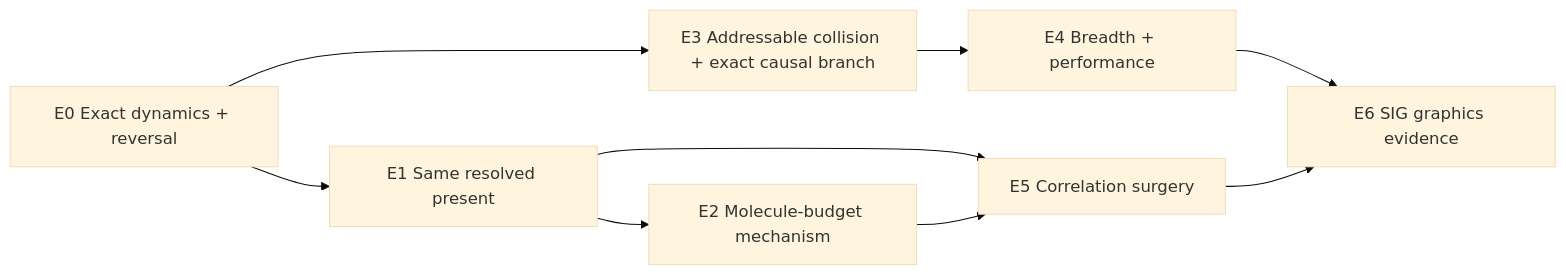
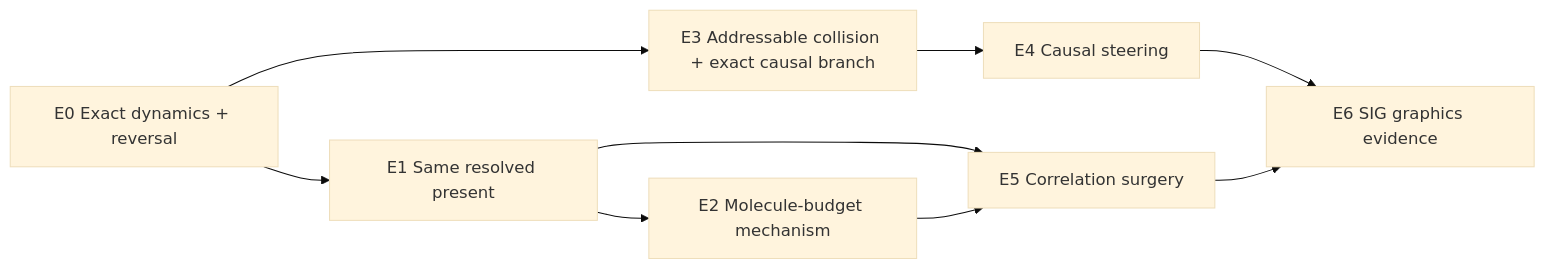
The diagram in docs/benchmarks/echo-branching-suite.md (jandan138/history-aware-molecular-kinetic), drawn with Mermaid (base theme) before and after one commit. The commit also changed other lines of this file and 30 other files, not shown here.

Commit message:
feat(e4): add causal steering authoring hero

````diff
--- a/docs/benchmarks/echo-branching-suite.md
+++ b/docs/benchmarks/echo-branching-suite.md
@@ -7,11 +7,11 @@
 ```mermaid
 flowchart LR
     E0[E0 Exact dynamics + reversal] --> E1[E1 Same resolved present]
     E1 --> E2[E2 Molecule-budget mechanism]
     E0 --> E3[E3 Addressable collision + exact causal branch]
-    E3 --> E4[E4 Breadth + performance]
+    E3 --> E4[E4 Causal steering]
     E1 --> E5[E5 Correlation surgery]
     E2 --> E5
     E4 --> E6[E6 SIG graphics evidence]
     E5 --> E6
 ```
````
